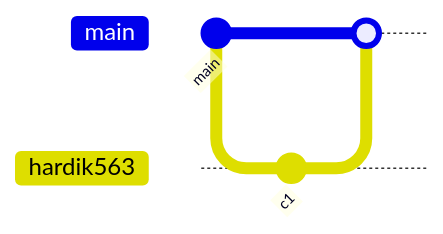
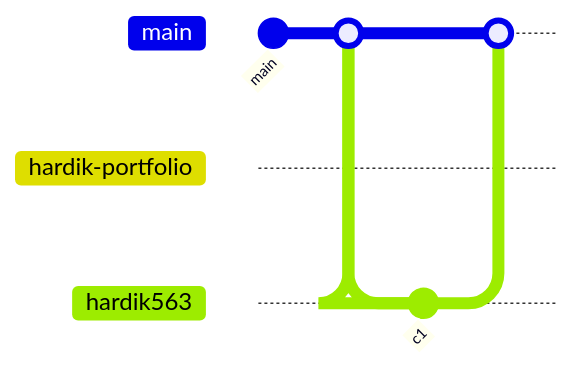
One commit to hardik563/hardik563 changed the diagram in README.md. Above: the diagram before and after it, drawn with Mermaid. The commit also changed other lines of this file and 12 other files, not shown here.

````diff
--- a/README.md
+++ b/README.md
@@ -348,9 +348,14 @@
 ```mermaid
 gitGraph
    commit id: "main"
+   branch hardik-portfolio
+   checkout hardik-portfolio
+   commit id: "c1"
+   checkout main
+   merge hardik-portfolio
    branch hardik563
    checkout hardik563
    commit id: "c1"
    checkout main
    merge hardik563
 ```
````
